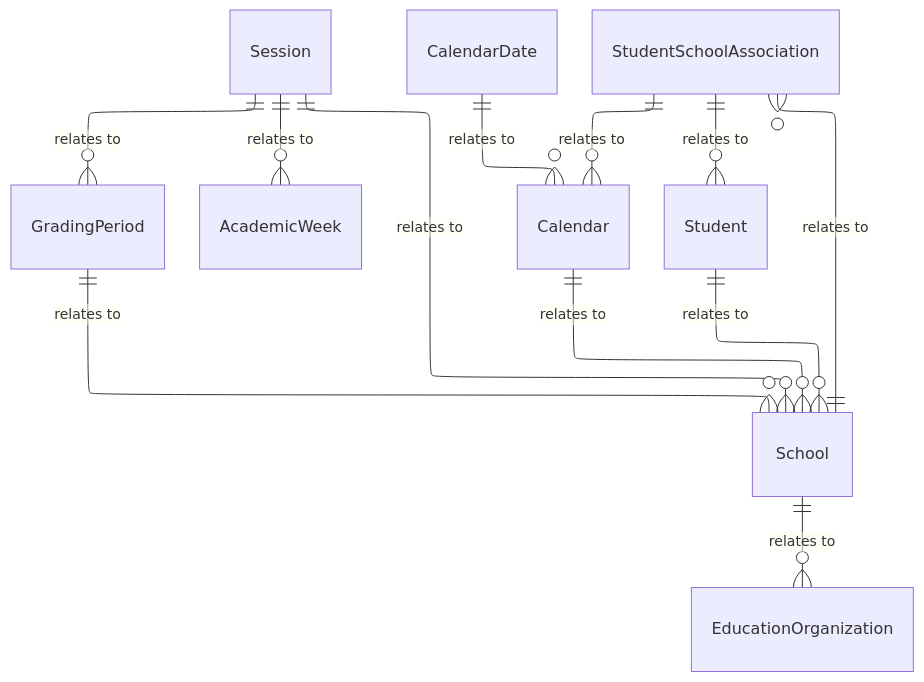
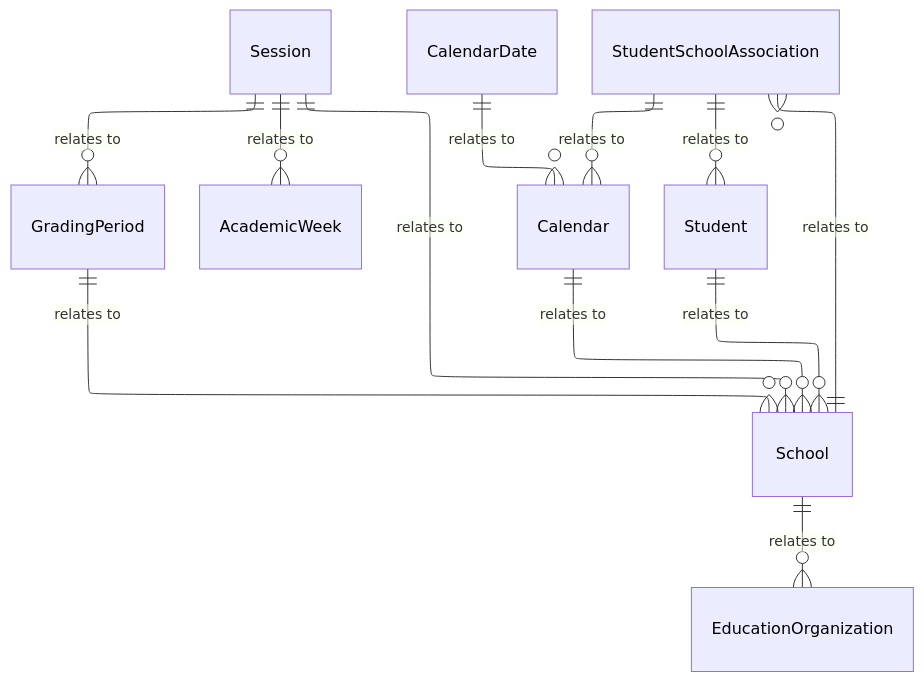
The diagram in dataStandard_versioned_docs/version-6/model-reference/school-calendar-domain/model-diagrams.md (Ed-Fi-Alliance-OSS/ed-fi-alliance-oss.github.io), drawn with Mermaid before and after one commit. The commit also changed 24 other files, not shown here.

````diff
--- a/dataStandard_versioned_docs/version-6/model-reference/school-calendar-domain/model-diagrams.md
+++ b/dataStandard_versioned_docs/version-6/model-reference/school-calendar-domain/model-diagrams.md
@@ -10,38 +10,45 @@
 ```mermaid
 ---
-
 config:
   layout: elk
 ---
-
 erDiagram
     Session {
     }
     GradingPeriod {
     }
     AcademicWeek {
     }
     Calendar {
     }
     CalendarDate {
     }
     StudentSchoolAssociation {
     }
     Student {
     }
     EducationOrganization {
     }
     School {
     }
     Session ||--o{ School : "relates to"
     Session ||--o{ AcademicWeek : "relates to"
     Session ||--o{ GradingPeriod : "relates to"
     GradingPeriod ||--o{ School : "relates to"
     Calendar ||--o{ School : "relates to"
     CalendarDate ||--o{ Calendar : "relates to"
     StudentSchoolAssociation ||--o{ Calendar : "relates to"
     StudentSchoolAssociation ||--o{ Student : "relates to"
     School ||--o{ StudentSchoolAssociation : "relates to"
     School ||--o{ EducationOrganization : "relates to"
     Student ||--o{ School : "relates to"
+    style Session color:#000000
+    style GradingPeriod color:#000000
+    style AcademicWeek color:#000000
+    style Calendar color:#000000
+    style CalendarDate color:#000000
+    style StudentSchoolAssociation color:#000000
+    style Student color:#000000
+    style EducationOrganization color:#000000
+    style School color:#000000
 ```
````
